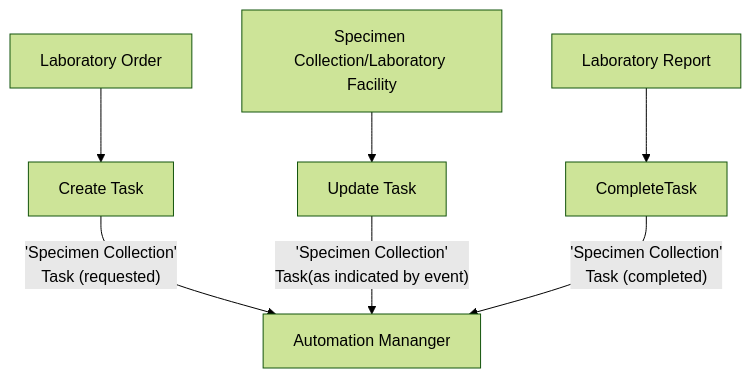
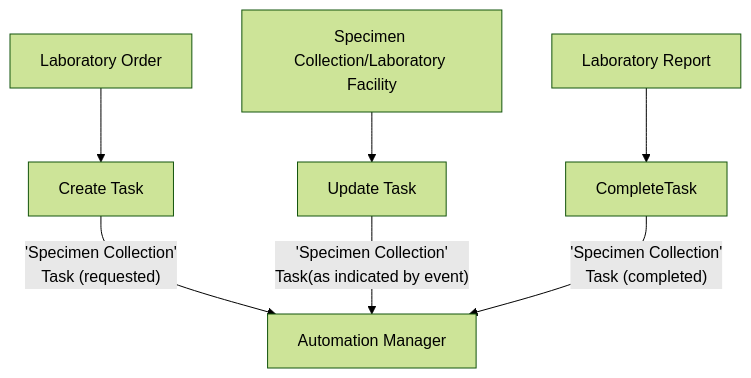
Before and after one commit to nw-gmsa/nw-gmsa.github.com: the second of 2 diagrams in input/pagecontent/StructureDefinition-Task-intro.md, drawn with Mermaid (forest theme). The commit also changed other lines of this file and 16 other files, not shown here.

````diff
--- a/input/pagecontent/StructureDefinition-Task-intro.md
+++ b/input/pagecontent/StructureDefinition-Task-intro.md
@@ -70,9 +71,9 @@
 ```mermaid
 graph TD
     LaboratoryOrder[Laboratory Order] --> CreateTask[Create Task]
-    CreateTask --> |"'Specimen Collection'<br/> Task (requested)"| AutomationMananger[Automation Mananger] 
+    CreateTask --> |"'Specimen Collection'<br/> Task (requested)"| AutomationManager[Automation Manager] 
     Facility[Specimen Collection/Laboratory Facility] --> UpdateTask
-    UpdateTask[Update Task] --> |"'Specimen Collection'<br/>Task(as indicated by event)"| AutomationMananger
+    UpdateTask[Update Task] --> |"'Specimen Collection'<br/>Task(as indicated by event)"| AutomationManager
     LaboratoryReport[Laboratory Report] --> CompleteTask
-    CompleteTask --> |"'Specimen Collection'<br/>Task (completed)"| AutomationMananger
+    CompleteTask --> |"'Specimen Collection'<br/>Task (completed)"| AutomationManager
 ```
````
